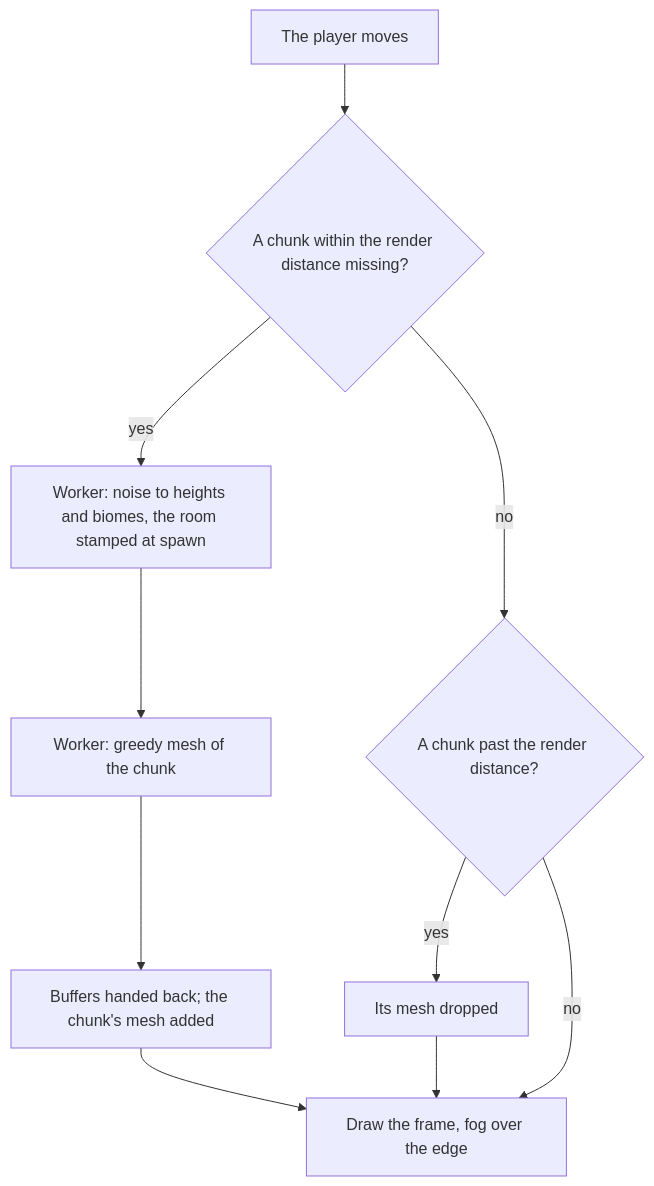
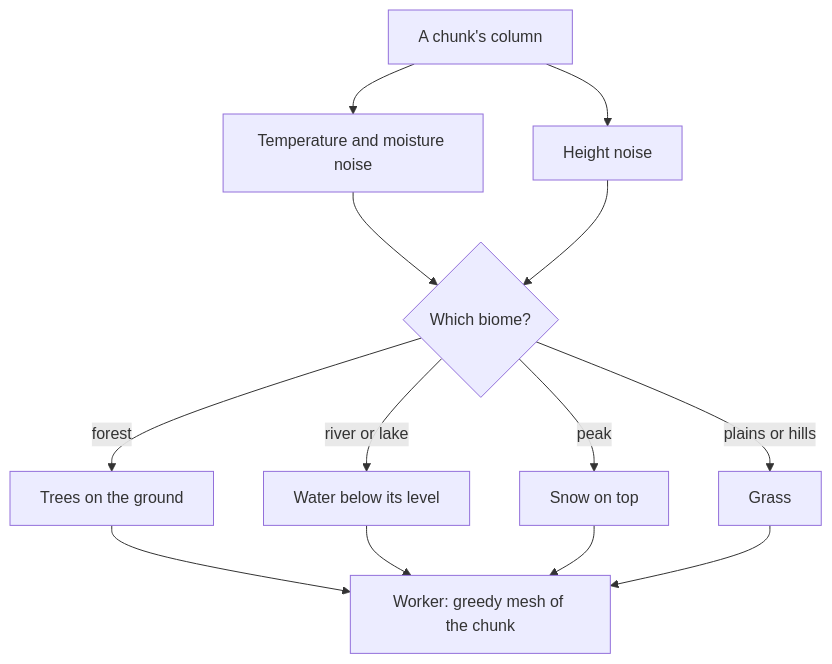
One commit to Esposter/Esposter changed the diagram in apps/web/content/docs/proposals/infra/agent-console/open-world.md. Above: the diagram before and after it, drawn with Mermaid. The commit also changed other lines of this file and 45 other files, not shown here.

````diff
--- a/apps/web/content/docs/proposals/infra/agent-console/open-world.md
+++ b/apps/web/content/docs/proposals/infra/agent-console/open-world.md
@@ -22,12 +19,15 @@
 ```mermaid
 flowchart TD
-  P[The player moves] --> R{A chunk within the render distance missing?}
-  R -->|yes| W[Worker: noise to heights and biomes, the room stamped at spawn]
-  W --> M[Worker: greedy mesh of the chunk]
-  M --> A[Buffers handed back; the chunk's mesh added]
-  R -->|no| D{A chunk past the render distance?}
-  D -->|yes| X[Its mesh dropped]
-  D -->|no| F[Draw the frame, fog over the edge]
-  A --> F
-  X --> F
+  C[A chunk's column] --> H[Height noise]
+  C --> T[Temperature and moisture noise]
+  T --> B{Which biome?}
+  H --> B
+  B -->|forest| F[Trees on the ground]
+  B -->|river or lake| R[Water below its level]
+  B -->|peak| S[Snow on top]
+  B -->|plains or hills| G[Grass]
+  F --> M[Worker: greedy mesh of the chunk]
+  R --> M
+  S --> M
+  G --> M
 ```
````
